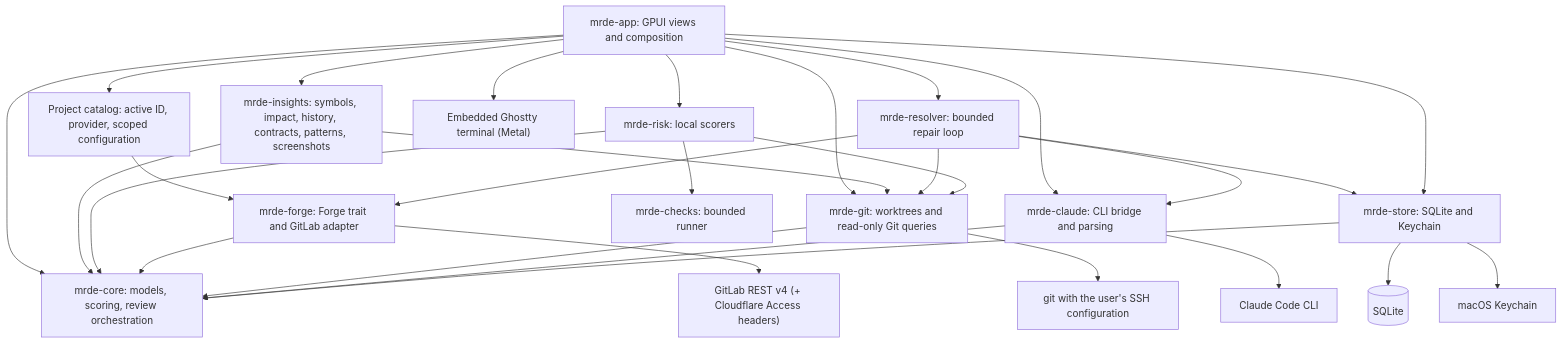
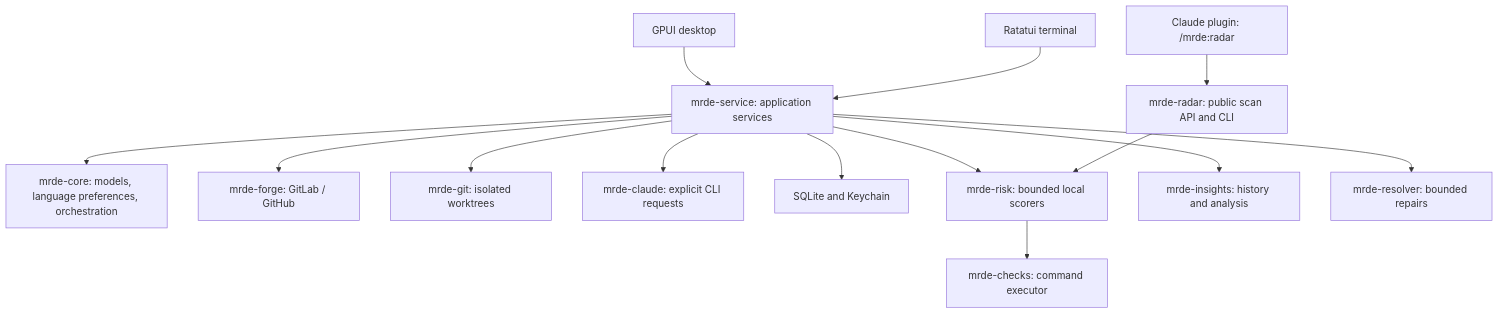
The first of 3 diagrams in docs/architecture.md (kwop/mr.de), drawn with Mermaid before and after one commit. The commit also changed other lines of this file and 33 other files, not shown here.

````diff
--- a/docs/architecture.md
+++ b/docs/architecture.md
@@ -20,31 +22,16 @@
 ```mermaid
 flowchart TD
-    App["mrde-app: GPUI views and composition"] --> Core["mrde-core: models, scoring, review orchestration"]
-    App --> Projects["Project catalog: active ID, provider, scoped configuration"]
-    Projects --> Forge["mrde-forge: Forge trait and GitLab adapter"]
-    App --> Git["mrde-git: worktrees and read-only Git queries"]
-    App --> Insights["mrde-insights: symbols, impact, history, contracts, patterns, screenshots"]
-    Insights --> Git
-    Insights --> Core
-    App --> Claude["mrde-claude: CLI bridge and parsing"]
-    App --> Resolver["mrde-resolver: bounded repair loop"]
-    Resolver --> Forge
-    Resolver --> Git
-    Resolver --> Claude
-    Resolver --> Store
-    App --> Embedded["Embedded Ghostty terminal (Metal)"]
-    App --> Store["mrde-store: SQLite and Keychain"]
-    App --> Risk["mrde-risk: local scorers"]
-    Risk --> Git
-    Risk --> Core
-    Risk --> Checks["mrde-checks: bounded runner"]
-    Forge --> Core
-    Git --> Core
-    Claude --> Core
-    Store --> Core
-    Forge --> GitLab["GitLab REST v4 (+ Cloudflare Access headers)"]
-    Git --> SSH["git with the user's SSH configuration"]
-    Claude --> CLI["Claude Code CLI"]
-    Store --> SQLite[(SQLite)]
-    Store --> Keychain["macOS Keychain"]
+    App[GPUI desktop] --> Service[mrde-service: application services]
+    TUI[Ratatui terminal] --> Service
+    Service --> Core[mrde-core: models, language preferences, orchestration]
+    Service --> Forge[mrde-forge: GitLab / GitHub]
+    Service --> Git[mrde-git: isolated worktrees]
+    Service --> Claude[mrde-claude: explicit CLI requests]
+    Service --> Store[SQLite and Keychain]
+    Service --> Risk[mrde-risk: bounded local scorers]
+    Service --> Insights[mrde-insights: history and analysis]
+    Service --> Resolver[mrde-resolver: bounded repairs]
+    Risk --> Checks[mrde-checks: command executor]
+    CLI[mrde-radar: public scan API and CLI] --> Risk
+    Plugin[Claude plugin: /mrde:radar] --> CLI
 ```
````
